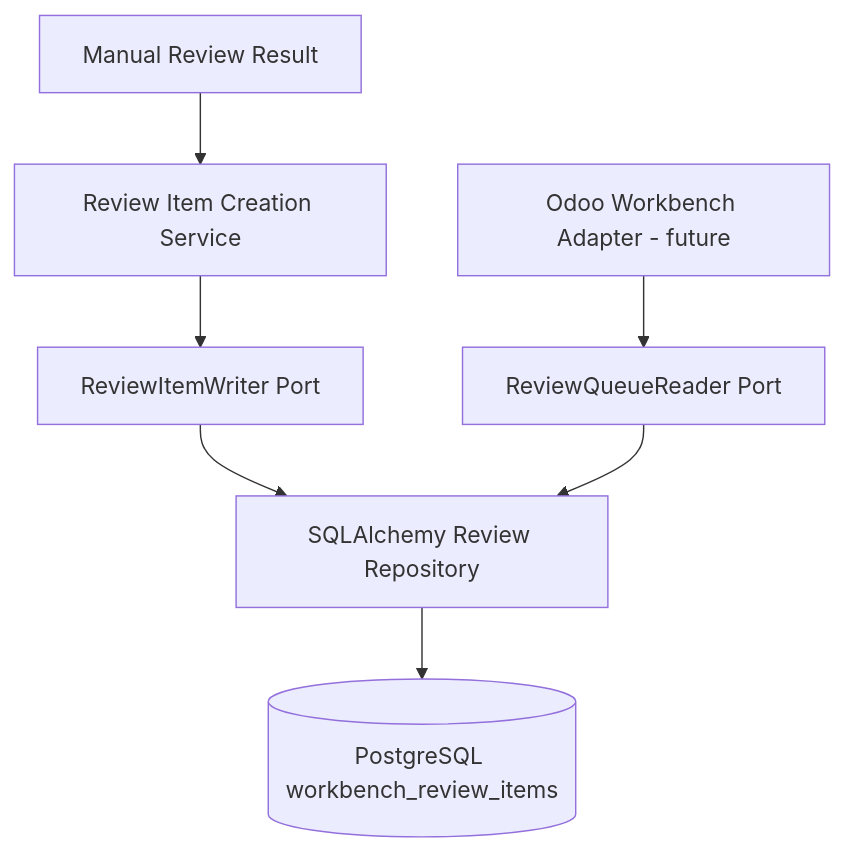
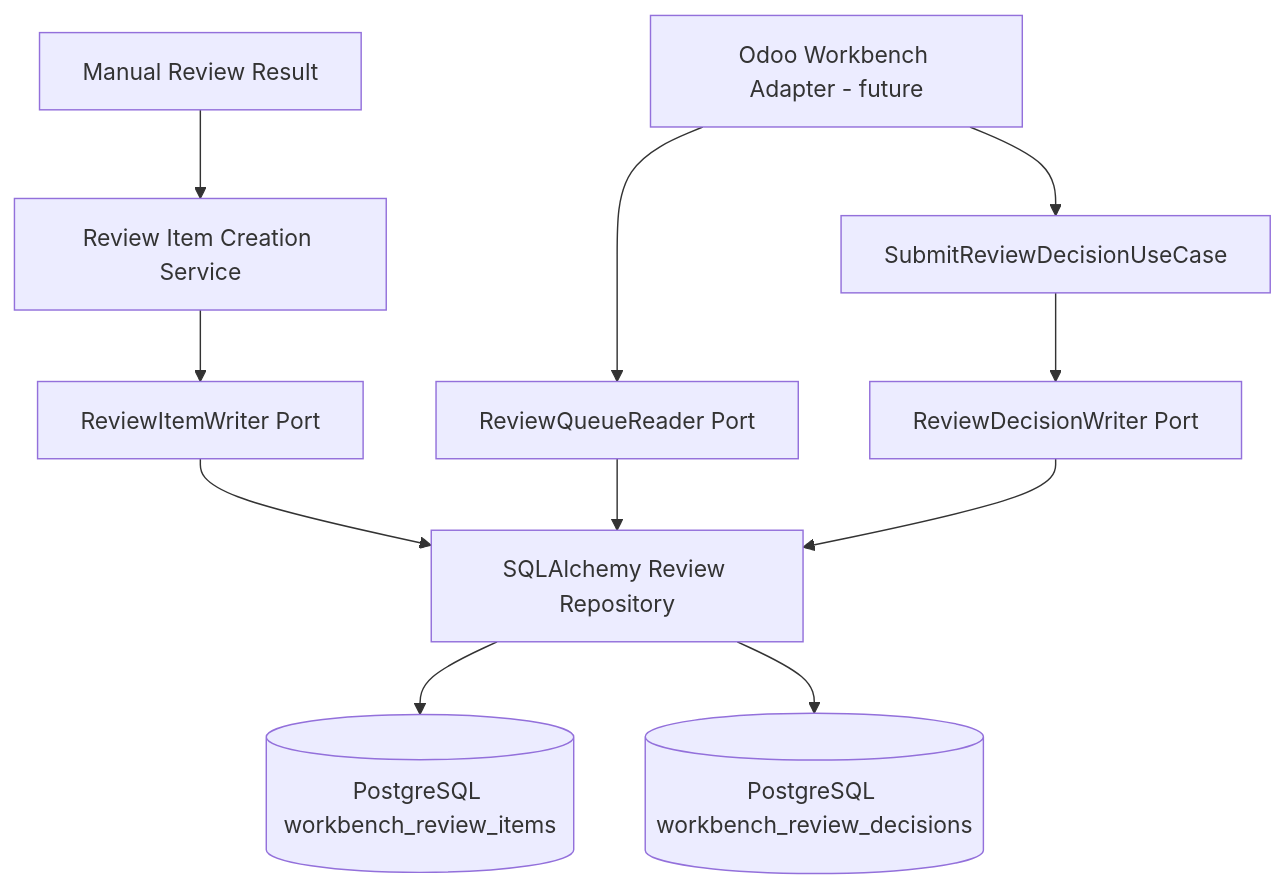
Before and after one commit to odurmazoglu/ict-integration-hub: the second of 4 diagrams in docs/IMPORT_WORKBENCH.md, drawn with Mermaid. The commit also changed other lines of this file and 19 other files, not shown here.

Commit message:
feat: persist workbench review decisions

````diff
--- a/docs/IMPORT_WORKBENCH.md
+++ b/docs/IMPORT_WORKBENCH.md
@@ -103,17 +113,24 @@
 ```mermaid
 flowchart TB
     ManualReview[Manual Review Result]
     Service[Review Item Creation Service]
     Writer[ReviewItemWriter Port]
     Repository[SQLAlchemy Review Repository]
-    Database[(PostgreSQL workbench_review_items)]
+    ReviewItems[(PostgreSQL workbench_review_items)]
+    Decisions[(PostgreSQL workbench_review_decisions)]
     Workbench[Odoo Workbench Adapter - future]
     Reader[ReviewQueueReader Port]
+    Submit[SubmitReviewDecisionUseCase]
+    DecisionWriter[ReviewDecisionWriter Port]
 
     ManualReview --> Service
     Service --> Writer
     Writer --> Repository
-    Repository --> Database
+    Repository --> ReviewItems
+    Repository --> Decisions
     Workbench --> Reader
     Reader --> Repository
+    Workbench --> Submit
+    Submit --> DecisionWriter
+    DecisionWriter --> Repository
 ```
````
